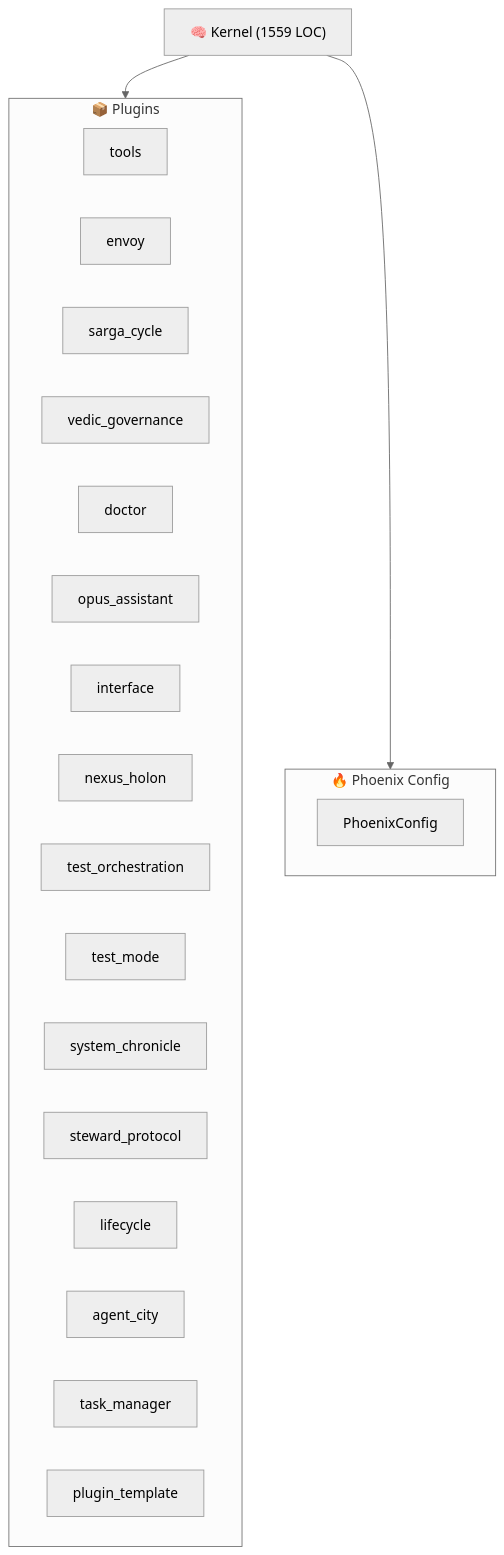
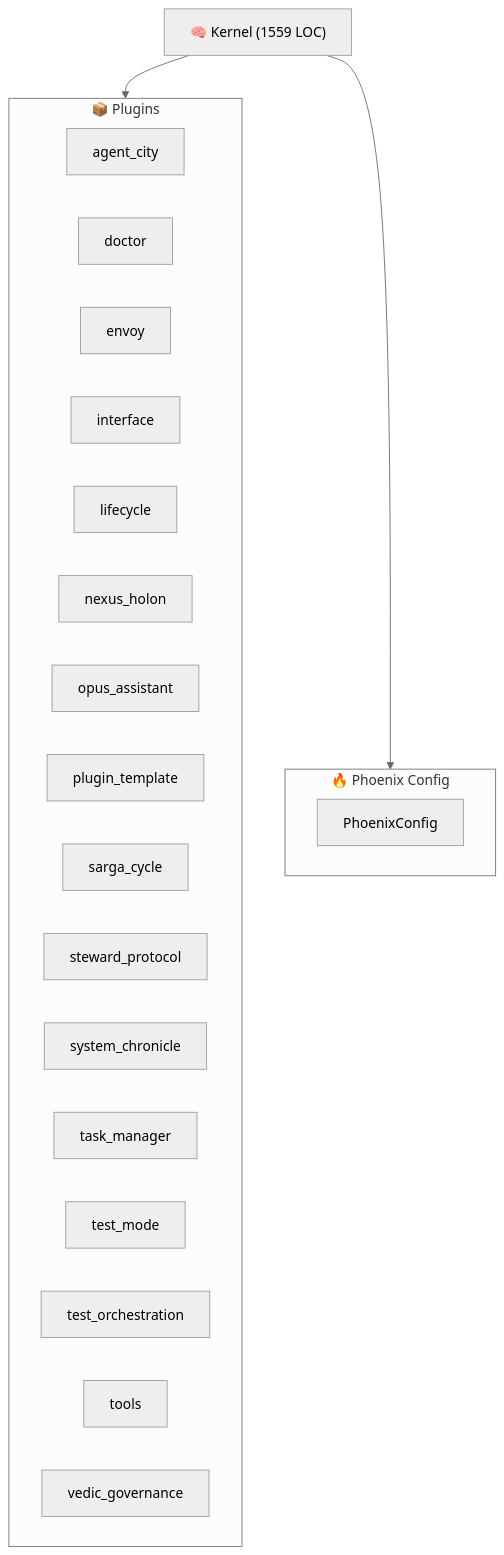
The diagram in ARCHITECTURE.md (kimeisele/steward-protocol), drawn with Mermaid (neutral theme) before and after one commit. The commit also changed other lines of this file and 13 other files, not shown here.

````diff
--- a/ARCHITECTURE.md
+++ b/ARCHITECTURE.md
@@ -8,27 +8,27 @@
 ```mermaid
 graph TB
     K["🧠 Kernel (1559 LOC)"]
     subgraph Plugins["📦 Plugins"]
+        P_agent_city["agent_city"]
+        P_doctor["doctor"]
+        P_envoy["envoy"]
+        P_interface["interface"]
+        P_lifecycle["lifecycle"]
+        P_nexus_holon["nexus_holon"]
+        P_opus_assistant["opus_assistant"]
+        P_plugin_template["plugin_template"]
+        P_sarga_cycle["sarga_cycle"]
+        P_steward_protocol["steward_protocol"]
+        P_system_chronicle["system_chronicle"]
+        P_task_manager["task_manager"]
+        P_test_mode["test_mode"]
+        P_test_orchestration["test_orchestration"]
         P_tools["tools"]
-        P_envoy["envoy"]
-        P_sarga_cycle["sarga_cycle"]
         P_vedic_governance["vedic_governance"]
-        P_doctor["doctor"]
-        P_opus_assistant["opus_assistant"]
-        P_interface["interface"]
-        P_nexus_holon["nexus_holon"]
-        P_test_orchestration["test_orchestration"]
-        P_test_mode["test_mode"]
-        P_system_chronicle["system_chronicle"]
-        P_steward_protocol["steward_protocol"]
-        P_lifecycle["lifecycle"]
-        P_agent_city["agent_city"]
-        P_task_manager["task_manager"]
-        P_plugin_template["plugin_template"]
     end
     K --> Plugins
     subgraph Config["🔥 Phoenix Config"]
         PC[PhoenixConfig]
     end
     K --> Config
 ```
````
